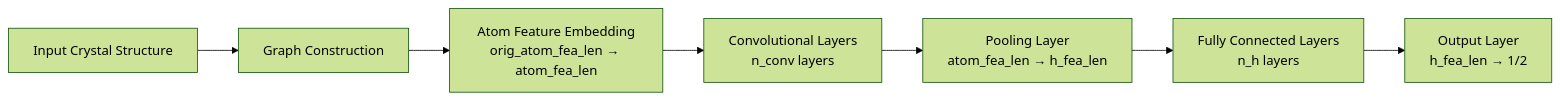
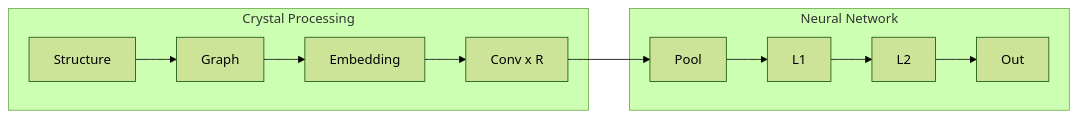
The diagram in docs/1_cgcnn.md (jcwang587/cgcnn2), drawn with Mermaid (forest theme) before and after one commit. The commit also changed other lines of this file and 2 other files, not shown here.

````diff
--- a/docs/1_cgcnn.md
+++ b/docs/1_cgcnn.md
@@ -25,9 +27,9 @@
 ```mermaid
 graph LR
-    A[Input Crystal Structure] --> B[Graph Construction]
-    B --> C[Atom Feature Embedding<br/>orig_atom_fea_len → atom_fea_len]
-    C --> D[Convolutional Layers<br/>n_conv layers]
-    D --> E[Pooling Layer<br/>atom_fea_len → h_fea_len]
-    E --> F[Fully Connected Layers<br/>n_h layers]
-    F --> G[Output Layer<br/>h_fea_len → 1/2]
+    subgraph Crystal Processing
+    A[Structure] --> B[Graph] --> C[Embedding] --> D[Conv x R]
+    end
+    subgraph Neural Network
+    D --> E[Pool] --> F[L1] --> G[L2] --> H[Out]
+    end
 ```
````
